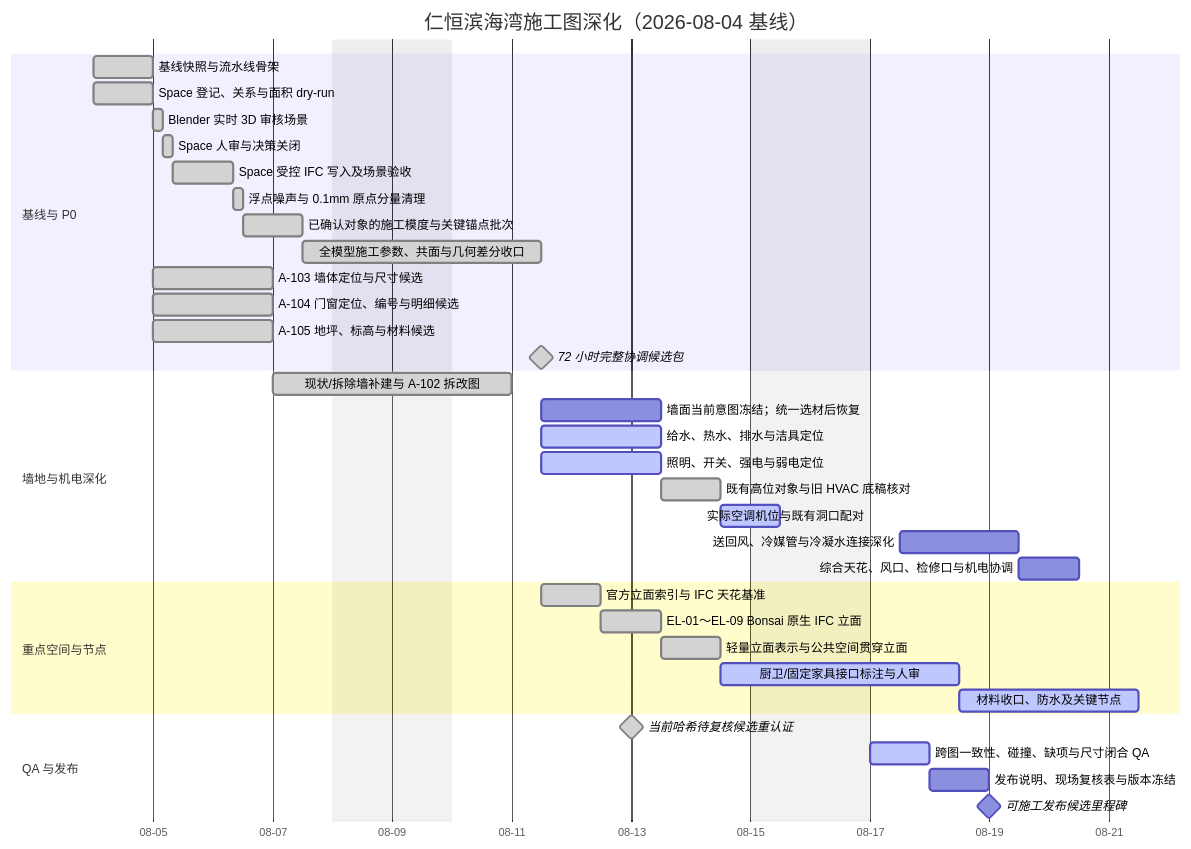
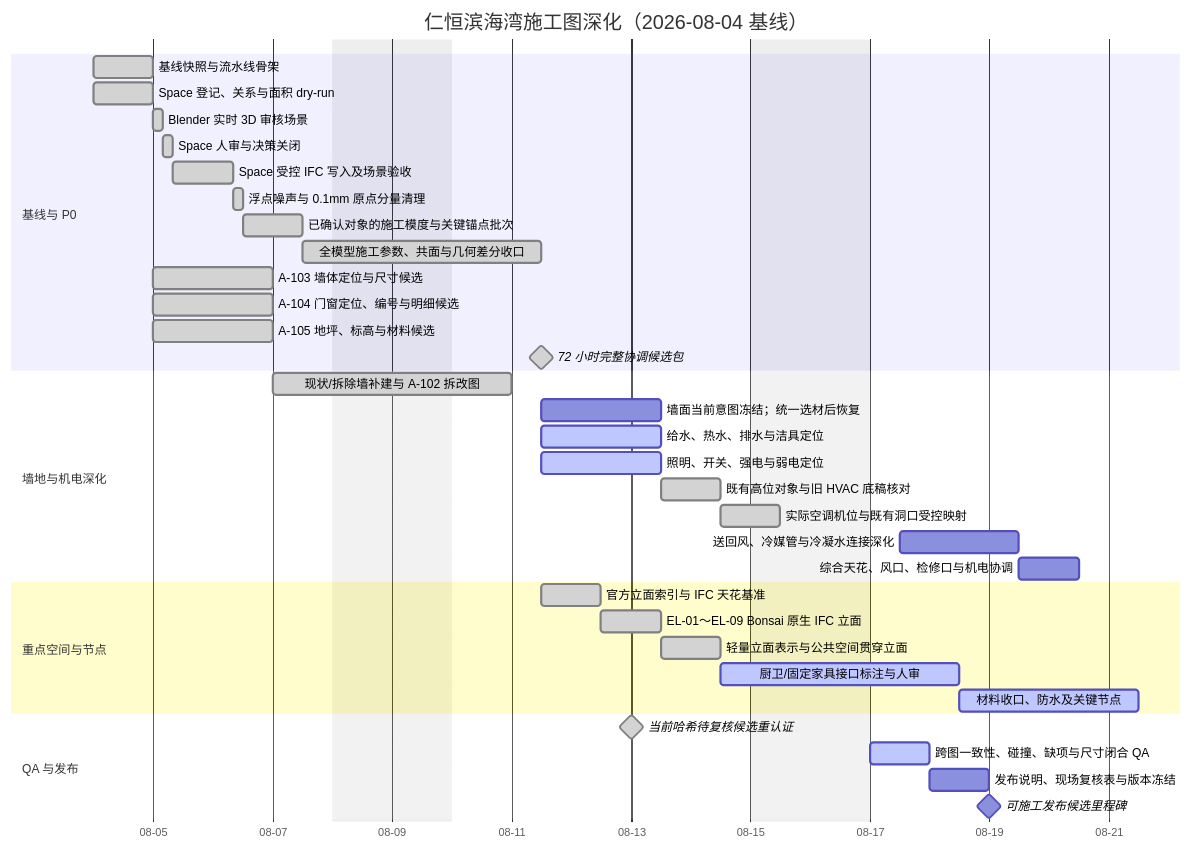
One commit to Weihan96/2504-GBTB-Yanlord-Zhuhai changed the diagram in drawings/滨海湾装修施工图深化工作管理.md. Above: the diagram before and after it, drawn with Mermaid. The commit also changed other lines of this file and 14 other files, not shown here.

````diff
--- a/drawings/滨海湾装修施工图深化工作管理.md
+++ b/drawings/滨海湾装修施工图深化工作管理.md
@@ -90,44 +90,44 @@
 ```mermaid
 gantt
     title 仁恒滨海湾施工图深化（2026-08-04 基线）
     dateFormat  YYYY-MM-DD
     axisFormat  %m-%d
     excludes    weekends
 
     section 基线与 P0
     基线快照与流水线骨架                 :done, M000, 2026-08-04, 1d
     Space 登记、关系与面积 dry-run       :done, S001, 2026-08-04, 1d
     Blender 实时 3D 审核场景              :done, S002A, after S001, 4h
     Space 人审与决策关闭                 :done, S002, after S002A, 4h
     Space 受控 IFC 写入及场景验收         :done, S003, after S002, 1d
     浮点噪声与 0.1mm 原点分量清理          :done, C001, after S003, 4h
     已确认对象的施工模度与关键锚点批次       :done, C002, after C001, 1d
     全模型施工参数、共面与几何差分收口       :done, C003, after C002, 2d
     A-103 墙体定位与尺寸候选              :done, A103, after S001, 2d
     A-104 门窗定位、编号与明细候选         :done, A104, after S001, 2d
     A-105 地坪、标高与材料候选             :done, A105, after S001, 2d
     72 小时完整协调候选包                 :milestone, done, M072, after C003 A103 A104 A105, 0d
 
     section 墙地与机电深化
     现状/拆除墙补建与 A-102 拆改图         :done, A102, after A103, 2d
     墙面当前意图冻结；统一选材后恢复         :WFIN, after M072, 2d
     给水、热水、排水与洁具定位             :active, PLUM, after M072, 2d
     照明、开关、强电与弱电定位             :active, ELEC, after M072, 2d
     既有高位对象与旧 HVAC 底稿核对          :done, RCP1A, after ELEC, 1d
-    实际空调机位与既有洞口配对              :active, RCP1B, after RCP1A, 1d
+    实际空调机位与既有洞口受控映射          :done, RCP1B, after RCP1A, 1d
     送回风、冷媒管与冷凝水连接深化           :RCP1C, after RCP1B, 2d
     综合天花、风口、检修口与机电协调        :RCP1, after RCP1C, 1d
 
     section 重点空间与节点
     官方立面索引与 IFC 天花基准             :done, INT1A, after M072, 1d
     EL-01～EL-09 Bonsai 原生 IFC 立面       :done, INT1B, after INT1A, 1d
     轻量立面表示与公共空间贯穿立面            :done, INT1B2, after INT1B, 1d
     厨卫/固定家具接口标注与人审             :active, INT1, after INT1B2, 2d
     材料收口、防水及关键节点               :active, DET1, after INT1, 3d
 
     section QA 与发布
     当前哈希待复核候选重认证                :milestone, done, MREV, 2026-08-13, 0d
     跨图一致性、碰撞、缺项与尺寸闭合 QA     :active, QA01, 2026-08-17, 1d
     发布说明、现场复核表与版本冻结           :REL1, 2026-08-18, 1d
     可施工发布候选里程碑                   :milestone, MREL, 2026-08-19, 0d
 ```
````
